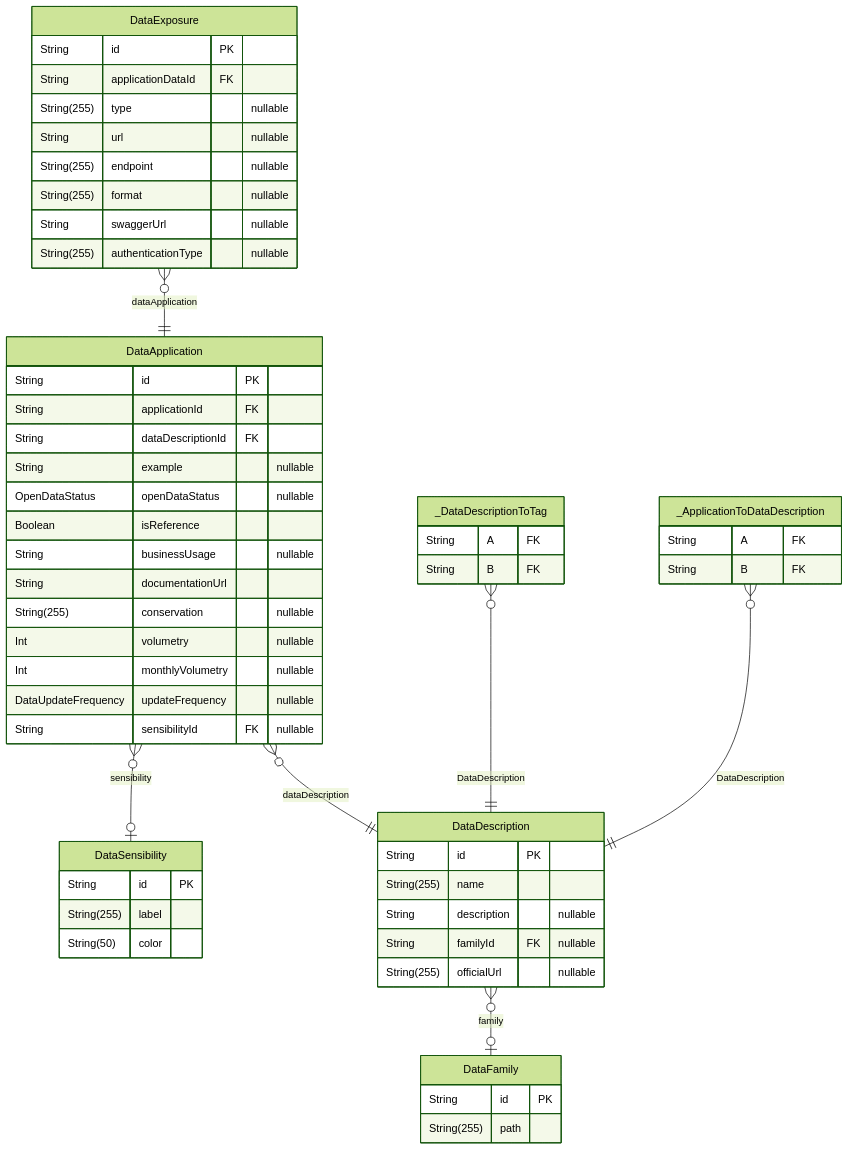
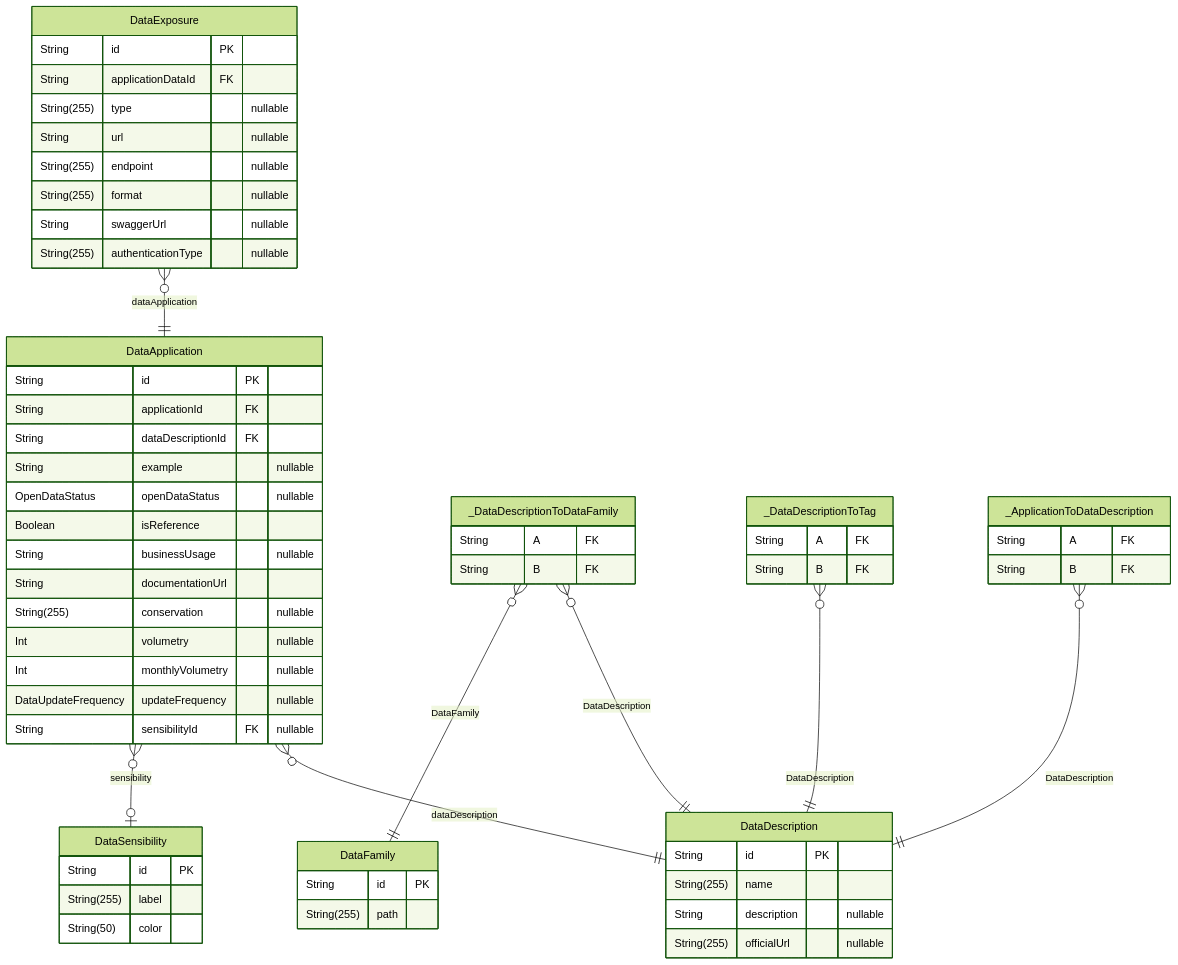
One commit to dnum-mi/referentiel-applications changed the fourth of 15 diagrams in backend/prisma/docs/schema.md. Above: the diagram before and after it, drawn with Mermaid (forest theme). The commit also changed other lines of this file and 11 other files, not shown here.

````diff
--- a/backend/prisma/docs/schema.md
+++ b/backend/prisma/docs/schema.md
@@ -416,58 +416,62 @@
 ```mermaid
 erDiagram
 "DataFamily" {
   String id PK
   String(255) path
 }
 "DataSensibility" {
   String id PK
   String(255) label
   String(50) color
 }
 "DataDescription" {
   String id PK
   String(255) name
   String description "nullable"
-  String familyId FK "nullable"
   String(255) officialUrl "nullable"
 }
 "DataApplication" {
   String id PK
   String applicationId FK
   String dataDescriptionId FK
   String example "nullable"
   OpenDataStatus openDataStatus "nullable"
   Boolean isReference
   String businessUsage "nullable"
   String documentationUrl
   String(255) conservation "nullable"
   Int volumetry "nullable"
   Int monthlyVolumetry "nullable"
   DataUpdateFrequency updateFrequency "nullable"
   String sensibilityId FK "nullable"
 }
 "DataExposure" {
   String id PK
   String applicationDataId FK
   String(255) type "nullable"
   String url "nullable"
   String(255) endpoint "nullable"
   String(255) format "nullable"
   String swaggerUrl "nullable"
   String(255) authenticationType "nullable"
 }
+"_DataDescriptionToDataFamily" {
+  String A FK
+  String B FK
+}
 "_DataDescriptionToTag" {
   String A FK
   String B FK
 }
 "_ApplicationToDataDescription" {
   String A FK
   String B FK
 }
-"DataDescription" }o--o| "DataFamily" : family
 "DataApplication" }o--|| "DataDescription" : dataDescription
 "DataApplication" }o--o| "DataSensibility" : sensibility
 "DataExposure" }o--|| "DataApplication" : dataApplication
+"_DataDescriptionToDataFamily" }o--|| "DataDescription" : DataDescription
+"_DataDescriptionToDataFamily" }o--|| "DataFamily" : DataFamily
 "_DataDescriptionToTag" }o--|| "DataDescription" : DataDescription
 "_ApplicationToDataDescription" }o--|| "DataDescription" : DataDescription
 ```
````
